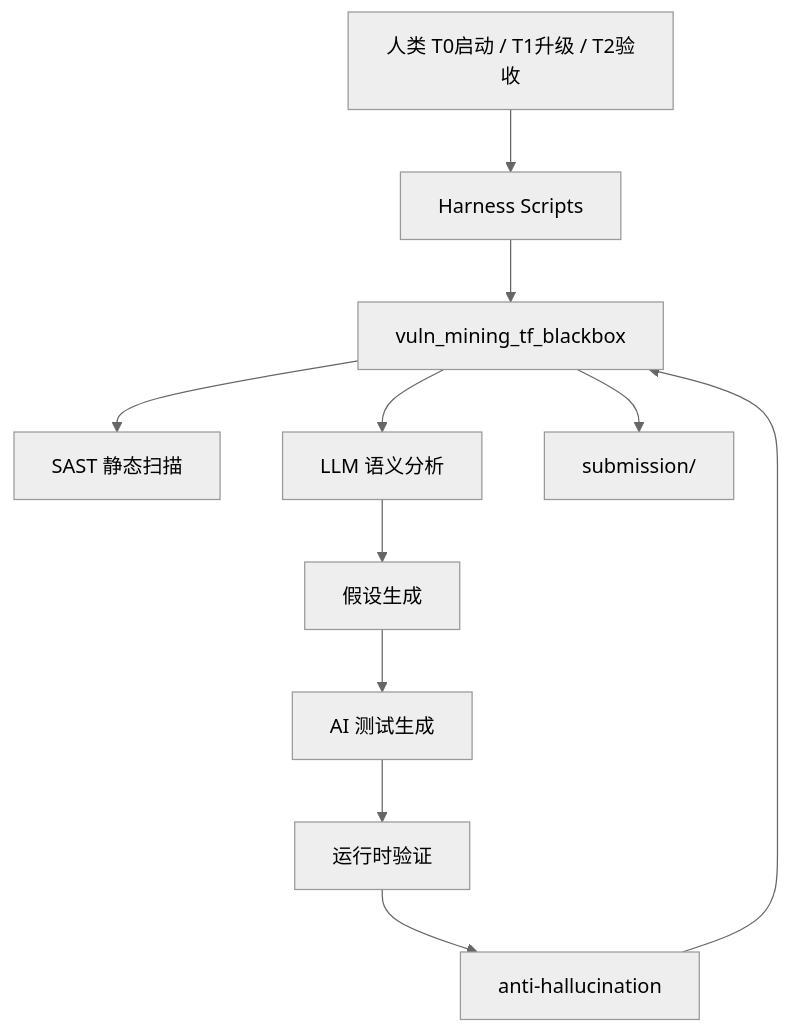
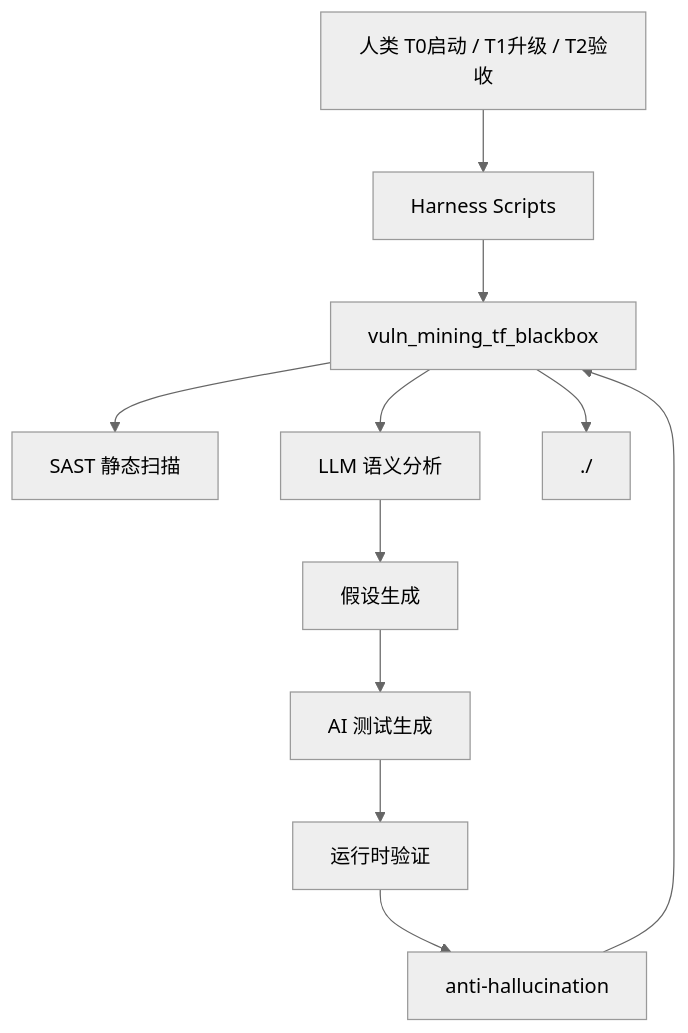
The diagram in README.md (thyzfmh/vuln-mining-tensorflow), drawn with Mermaid (neutral theme) before and after one commit. The commit also changed other lines of this file and 12 other files, not shown here.

````diff
--- a/README.md
+++ b/README.md
@@ -16,24 +16,24 @@
 ```mermaid
 graph TB
     Human[人类 T0启动 / T1升级 / T2验收]
     Harness[Harness Scripts]
     Pipeline[vuln_mining_tf_blackbox]
     SAST[SAST 静态扫描]
     LLM[LLM 语义分析]
     Hypothesis[假设生成]
     TestGen[AI 测试生成]
     Runtime[运行时验证]
     AntiHalluc[anti-hallucination]
-    Sub[submission/]
+    Sub[./]
 
     Human --> Harness
     Harness --> Pipeline
     Pipeline --> SAST
     Pipeline --> LLM
     LLM --> Hypothesis
     Hypothesis --> TestGen
     TestGen --> Runtime
     Runtime --> AntiHalluc
     Pipeline --> Sub
     AntiHalluc --> Pipeline
 ```
````
